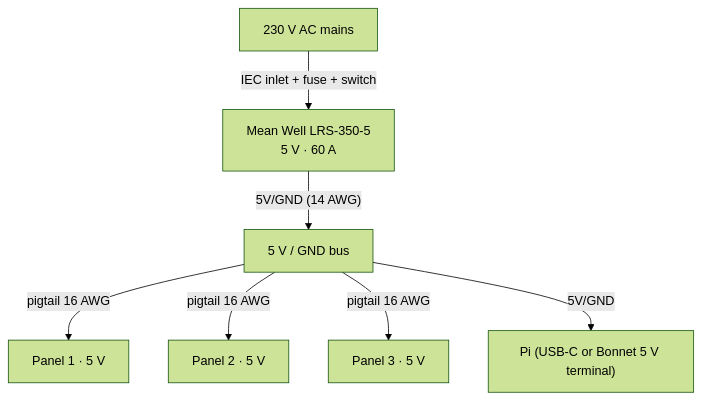
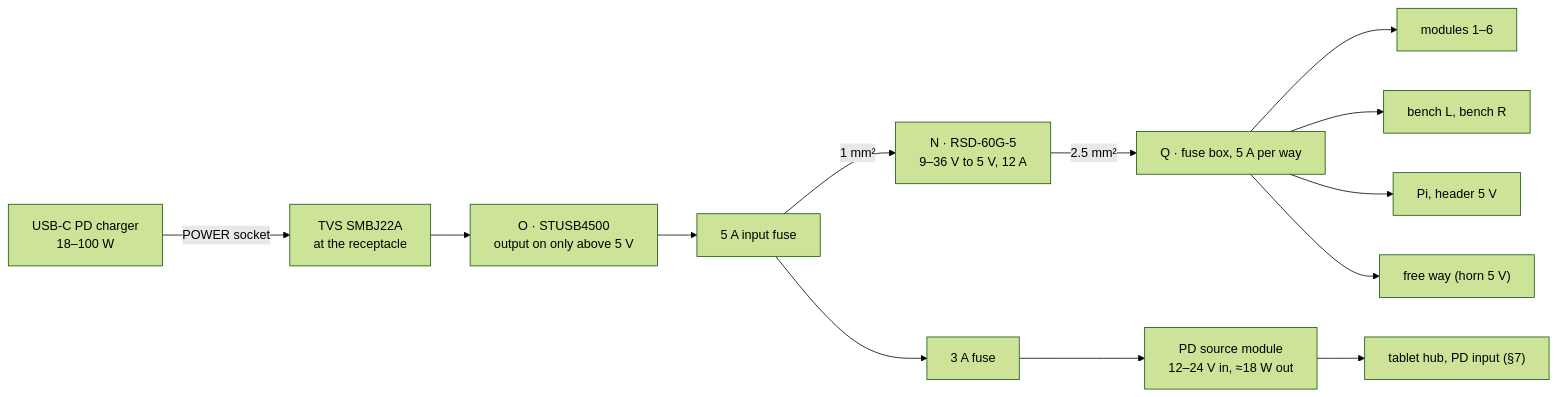
Before and after one commit to Lucanepa/point-hub: the second of 3 diagrams in docs/diy-panel/BUILD.md, drawn with Mermaid (forest theme). The commit also changed other lines of this file and 1 other file, not shown here.

First line of the commit message:
BUILD.md: the LedBox XL, a USB-C-only DIY board, replaces the 1x recipe

````diff
--- a/docs/diy-panel/BUILD.md
+++ b/docs/diy-panel/BUILD.md
@@ -207,9 +223,15 @@
 ```mermaid
-graph TD
-  MAINS["230 V AC mains"] -->|"IEC inlet + fuse + switch"| PSU["Mean Well LRS-350-5<br/>5 V · 60 A"]
-  PSU -->|"5V/GND (14 AWG)"| BUS["5 V / GND bus"]
-  BUS -->|"pigtail 16 AWG"| P1P["Panel 1 · 5 V"]
-  BUS -->|"pigtail 16 AWG"| P2P["Panel 2 · 5 V"]
-  BUS -->|"pigtail 16 AWG"| P3P["Panel 3 · 5 V"]
-  BUS -->|"5V/GND"| PIPWR["Pi (USB-C or Bonnet 5 V terminal)"]
+graph LR
+  CH["USB-C PD charger<br/>18–100 W"] -->|POWER socket| TVS["TVS SMBJ22A<br/>at the receptacle"]
+  TVS --> O["O · STUSB4500<br/>output on only above 5 V"]
+  O --> F5["5 A input fuse"]
+  F5 -->|"1 mm²"| N["N · RSD-60G-5<br/>9–36 V to 5 V, 12 A"]
+  F5 --> F3["3 A fuse"]
+  F3 --> PDS["PD source module<br/>12–24 V in, ≈18 W out"]
+  PDS --> HUB["tablet hub, PD input (§7)"]
+  N -->|"2.5 mm²"| Q["Q · fuse box, 5 A per way"]
+  Q --> MOD["modules 1–6"]
+  Q --> BEN["bench L, bench R"]
+  Q --> PI["Pi, header 5 V"]
+  Q --> FREE["free way (horn 5 V)"]
 ```
````
